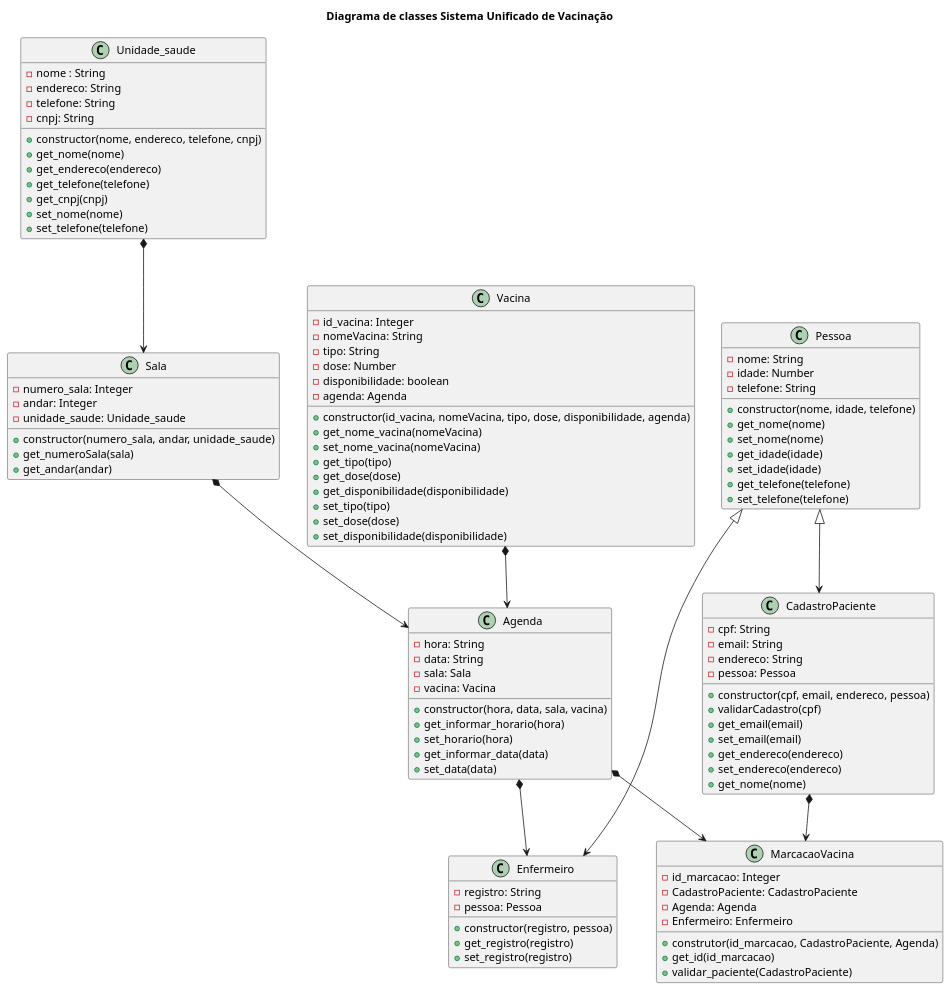
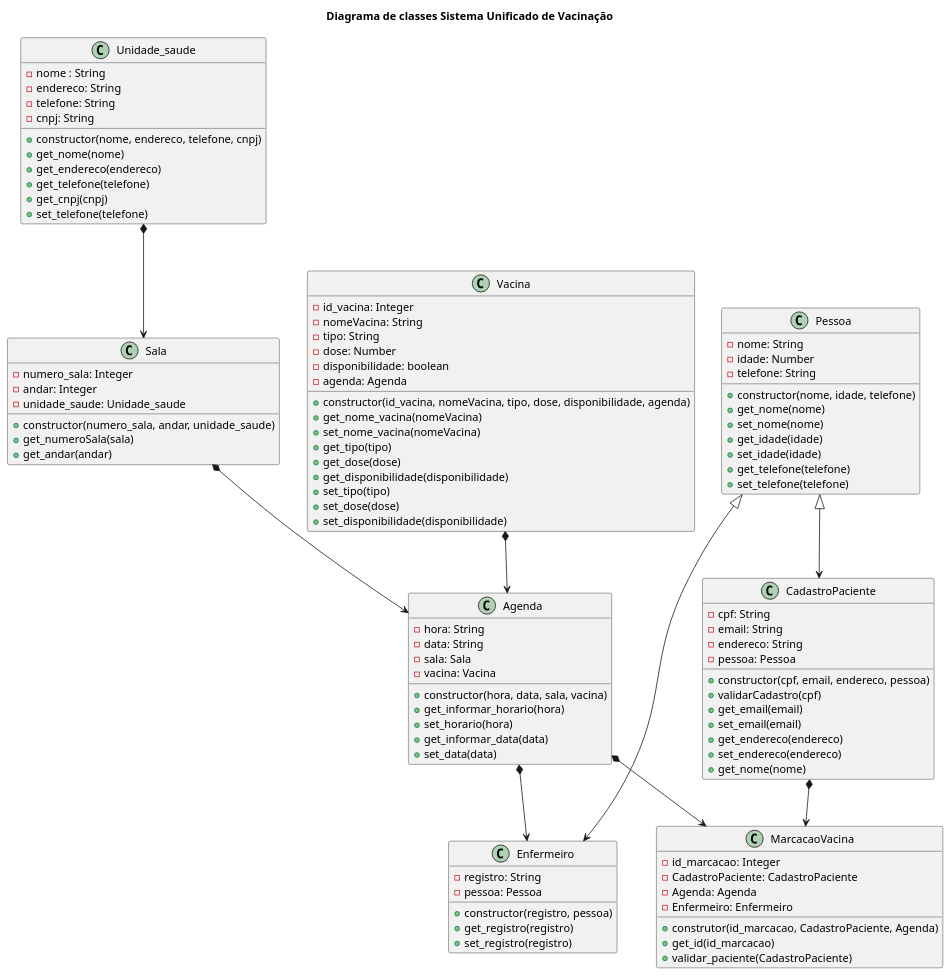
Before and after one commit to anleaes/2022-1-N2-POO-01: the diagram in diagrama_classe.plantuml, drawn with PlantUML.

Commit message:
atualizacao classe UnidadeSaude

```diff
--- a/diagrama_classe.plantuml
+++ b/diagrama_classe.plantuml
@@ -1,114 +1,113 @@
 @startuml diagrama_classe
 
 title Diagrama de classes Sistema Unificado de Vacinação
 
 class Unidade_saude{
     - nome : String
     - endereco: String
     - telefone: String
     - cnpj: String
     + constructor(nome, endereco, telefone, cnpj)
     + get_nome(nome)
     + get_endereco(endereco)
     + get_telefone(telefone)
     + get_cnpj(cnpj)
-    + set_nome(nome)
     + set_telefone(telefone)
 }
 
 class Sala{
     - numero_sala: Integer
     - andar: Integer
     - unidade_saude: Unidade_saude 
     + constructor(numero_sala, andar, unidade_saude)
     + get_numeroSala(sala)
     + get_andar(andar)
     
 }
 
 class Agenda{
     - hora: String
     - data: String
     - sala: Sala
     - vacina: Vacina
     + constructor(hora, data, sala, vacina)
     + get_informar_horario(hora)
     + set_horario(hora)
     + get_informar_data(data)
     + set_data(data)
 }
 
 
 Class Vacina{
     - id_vacina: Integer
     - nomeVacina: String
     - tipo: String
     - dose: Number
     - disponibilidade: boolean
     - agenda: Agenda
     + constructor(id_vacina, nomeVacina, tipo, dose, disponibilidade, agenda)
     + get_nome_vacina(nomeVacina)
     + set_nome_vacina(nomeVacina)
     + get_tipo(tipo)
     + get_dose(dose)
     + get_disponibilidade(disponibilidade)
     + set_tipo(tipo)
     + set_dose(dose)
     + set_disponibilidade(disponibilidade)
 }
 
 class Pessoa{
     - nome: String
     - idade: Number
     - telefone: String
     + constructor(nome, idade, telefone)
     + get_nome(nome)
     + set_nome(nome)
     + get_idade(idade)
     + set_idade(idade)
     + get_telefone(telefone)
     + set_telefone(telefone)
 }
 
 class CadastroPaciente {
     - cpf: String
     - email: String
     - endereco: String
     - pessoa: Pessoa
     + constructor(cpf, email, endereco, pessoa)
     + validarCadastro(cpf)
     + get_email(email)
     + set_email(email)
     + get_endereco(endereco)
     + set_endereco(endereco)
     + get_nome(nome)
 }
 
 class Enfermeiro {
     - registro: String
     - pessoa: Pessoa
     + constructor(registro, pessoa)
     + get_registro(registro)
     + set_registro(registro)
 }
 
 class MarcacaoVacina{
     - id_marcacao: Integer
     - CadastroPaciente: CadastroPaciente
     - Agenda: Agenda
     - Enfermeiro: Enfermeiro
     + construtor(id_marcacao, CadastroPaciente, Agenda)
     + get_id(id_marcacao)
     + validar_paciente(CadastroPaciente)
 }
 
 Pessoa <|--> CadastroPaciente
 Pessoa <|--> Enfermeiro
 Unidade_saude *--> Sala
 Sala *--> Agenda
 Vacina *--> Agenda
 Agenda *--> Enfermeiro
 CadastroPaciente *--> MarcacaoVacina
 Agenda *--> MarcacaoVacina
 
 @enduml
```
